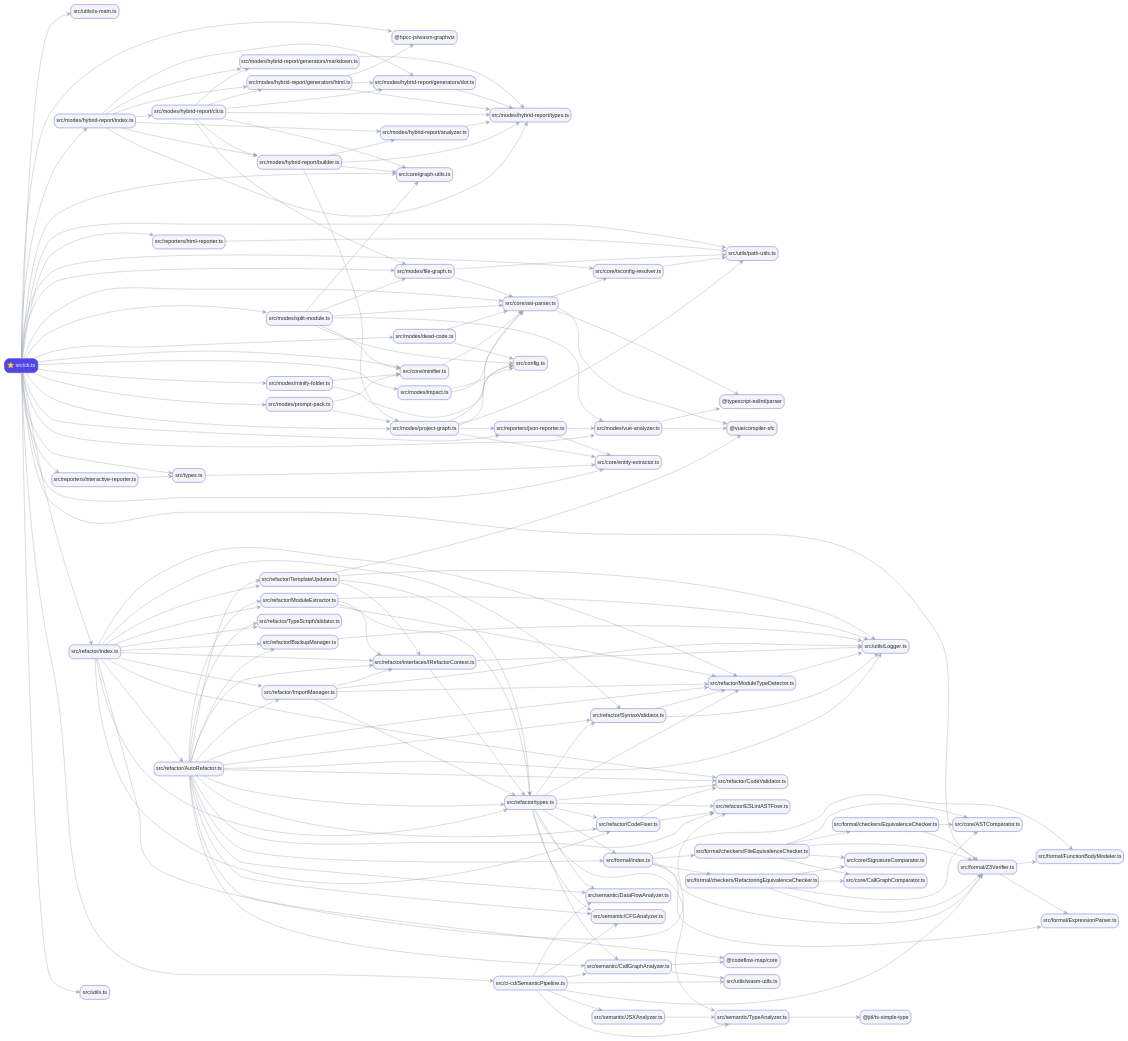
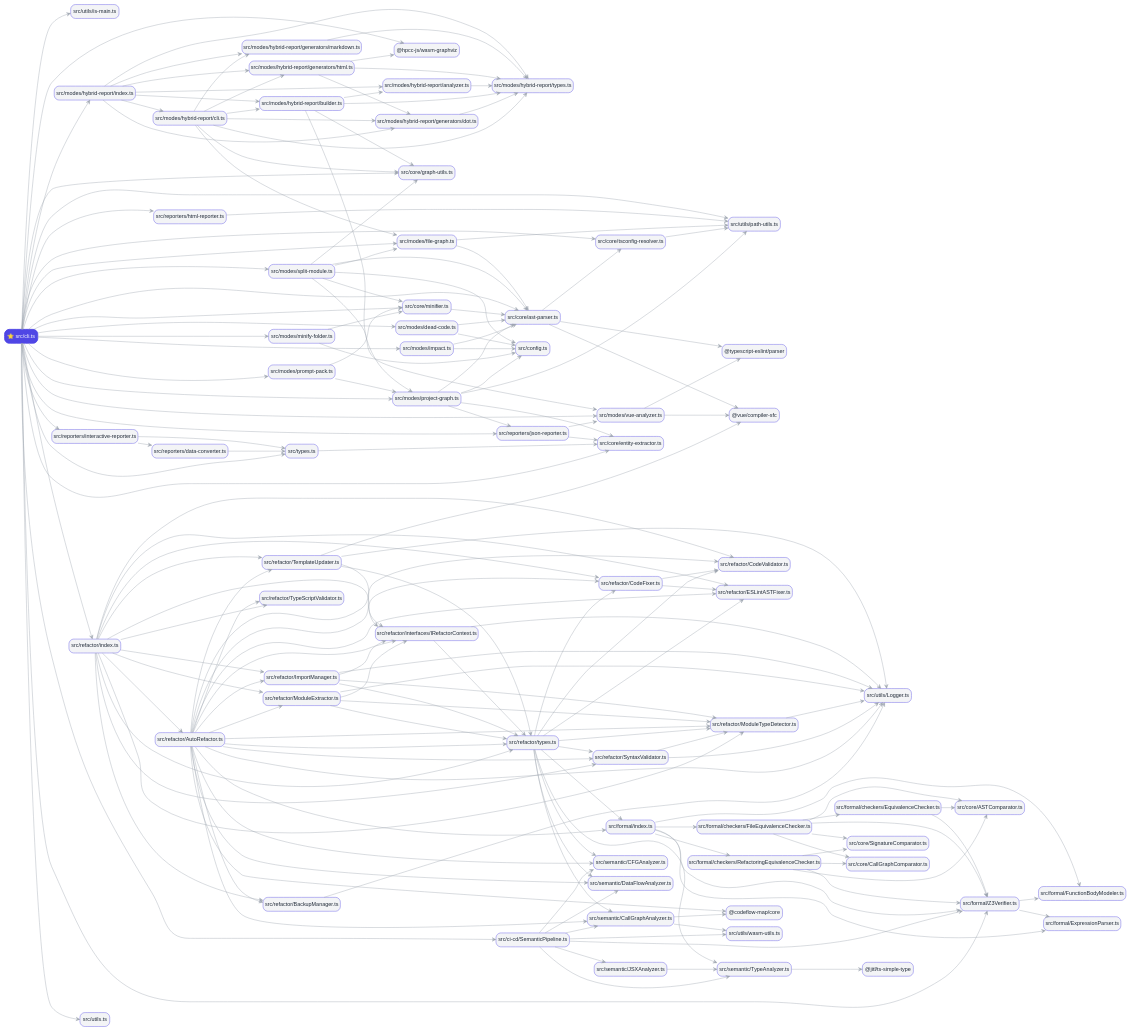
Before and after one commit to ZababurinSergei/ast-analyzer: the diagram in reports/entities-component-tree-deep/output.dot, drawn with Graphviz. The commit also changed 13 other files, not shown here.

```diff
--- a/reports/entities-component-tree-deep/output.dot
+++ b/reports/entities-component-tree-deep/output.dot
@@ -1,179 +1,181 @@
 digraph "Dependency Graph" {
   rankdir=LR;
   splines=true;
   node [shape=box, style="filled,rounded", color="#4f46e5", fontname="Arial", fillcolor="#f3f4f6", fontcolor="#1f2937", penwidth=1];
   edge [color="#9ca3af", arrowhead=vee, penwidth=1];
   "src/cli.ts" [fillcolor="#4f46e5", fontcolor="#ffffff", penwidth=2, label="⭐ src/cli.ts"];
   "src/cli.ts" -> "src/utils/is-main.ts";
   "src/cli.ts" -> "@hpcc-js/wasm-graphviz";
   "src/cli.ts" -> "src/core/minifier.ts";
   "src/cli.ts" -> "src/core/graph-utils.ts";
   "src/cli.ts" -> "src/core/tsconfig-resolver.ts";
   "src/cli.ts" -> "src/core/ast-parser.ts";
   "src/cli.ts" -> "src/core/entity-extractor.ts";
   "src/cli.ts" -> "src/modes/project-graph.ts";
   "src/cli.ts" -> "src/modes/file-graph.ts";
   "src/cli.ts" -> "src/modes/prompt-pack.ts";
   "src/cli.ts" -> "src/modes/split-module.ts";
   "src/cli.ts" -> "src/modes/impact.ts";
   "src/cli.ts" -> "src/modes/dead-code.ts";
   "src/cli.ts" -> "src/modes/minify-folder.ts";
   "src/cli.ts" -> "src/modes/vue-analyzer.ts";
   "src/cli.ts" -> "src/refactor/index.ts";
   "src/cli.ts" -> "src/ci-cd/SemanticPipeline.ts";
   "src/cli.ts" -> "src/formal/Z3Verifier.ts";
   "src/cli.ts" -> "src/modes/hybrid-report/index.ts";
   "src/cli.ts" -> "src/reporters/json-reporter.ts";
   "src/cli.ts" -> "src/reporters/html-reporter.ts";
   "src/cli.ts" -> "src/reporters/interactive-reporter.ts";
   "src/cli.ts" -> "src/types.ts";
   "src/cli.ts" -> "src/utils.ts";
   "src/cli.ts" -> "src/utils/path-utils.ts";
   "src/core/minifier.ts" -> "src/core/ast-parser.ts";
   "src/core/tsconfig-resolver.ts" -> "src/utils/path-utils.ts";
   "src/core/ast-parser.ts" -> "@typescript-eslint/parser";
   "src/core/ast-parser.ts" -> "@vue/compiler-sfc";
   "src/core/ast-parser.ts" -> "src/core/tsconfig-resolver.ts";
   "src/modes/project-graph.ts" -> "src/core/ast-parser.ts";
   "src/modes/project-graph.ts" -> "src/core/entity-extractor.ts";
   "src/modes/project-graph.ts" -> "src/config.ts";
   "src/modes/project-graph.ts" -> "src/utils/path-utils.ts";
   "src/modes/project-graph.ts" -> "src/reporters/json-reporter.ts";
   "src/modes/file-graph.ts" -> "src/core/ast-parser.ts";
   "src/modes/file-graph.ts" -> "src/utils/path-utils.ts";
   "src/modes/prompt-pack.ts" -> "src/modes/project-graph.ts";
   "src/modes/prompt-pack.ts" -> "src/core/minifier.ts";
   "src/modes/split-module.ts" -> "src/core/ast-parser.ts";
   "src/modes/split-module.ts" -> "src/core/minifier.ts";
   "src/modes/split-module.ts" -> "src/modes/file-graph.ts";
   "src/modes/split-module.ts" -> "src/core/graph-utils.ts";
   "src/modes/split-module.ts" -> "src/config.ts";
   "src/modes/split-module.ts" -> "src/modes/vue-analyzer.ts";
   "src/modes/impact.ts" -> "src/core/ast-parser.ts";
   "src/modes/impact.ts" -> "src/config.ts";
   "src/modes/dead-code.ts" -> "src/core/ast-parser.ts";
   "src/modes/dead-code.ts" -> "src/config.ts";
   "src/modes/minify-folder.ts" -> "src/core/minifier.ts";
   "src/modes/minify-folder.ts" -> "src/config.ts";
   "src/modes/vue-analyzer.ts" -> "@vue/compiler-sfc";
   "src/modes/vue-analyzer.ts" -> "@typescript-eslint/parser";
   "src/refactor/index.ts" -> "src/refactor/types.ts";
   "src/refactor/index.ts" -> "src/refactor/AutoRefactor.ts";
   "src/refactor/index.ts" -> "src/refactor/ModuleExtractor.ts";
   "src/refactor/index.ts" -> "src/refactor/ImportManager.ts";
   "src/refactor/index.ts" -> "src/refactor/TypeScriptValidator.ts";
   "src/refactor/index.ts" -> "src/refactor/ESLintASTFixer.ts";
   "src/refactor/index.ts" -> "src/refactor/CodeValidator.ts";
   "src/refactor/index.ts" -> "src/refactor/CodeFixer.ts";
   "src/refactor/index.ts" -> "src/refactor/TemplateUpdater.ts";
   "src/refactor/index.ts" -> "src/refactor/SyntaxValidator.ts";
   "src/refactor/index.ts" -> "src/refactor/ModuleTypeDetector.ts";
   "src/refactor/index.ts" -> "src/refactor/BackupManager.ts";
   "src/refactor/index.ts" -> "src/refactor/interfaces/IRefactorContext.ts";
   "src/ci-cd/SemanticPipeline.ts" -> "src/semantic/CFGAnalyzer.ts";
   "src/ci-cd/SemanticPipeline.ts" -> "src/semantic/CallGraphAnalyzer.ts";
   "src/ci-cd/SemanticPipeline.ts" -> "src/semantic/TypeAnalyzer.ts";
   "src/ci-cd/SemanticPipeline.ts" -> "src/semantic/DataFlowAnalyzer.ts";
   "src/ci-cd/SemanticPipeline.ts" -> "src/formal/Z3Verifier.ts";
   "src/ci-cd/SemanticPipeline.ts" -> "src/semantic/JSXAnalyzer.ts";
   "src/ci-cd/SemanticPipeline.ts" -> "src/utils/wasm-utils.ts";
   "src/formal/Z3Verifier.ts" -> "src/formal/ExpressionParser.ts";
   "src/formal/Z3Verifier.ts" -> "src/formal/FunctionBodyModeler.ts";
   "src/modes/hybrid-report/index.ts" -> "src/modes/hybrid-report/types.ts";
   "src/modes/hybrid-report/index.ts" -> "src/modes/hybrid-report/cli.ts";
   "src/modes/hybrid-report/index.ts" -> "src/modes/hybrid-report/builder.ts";
   "src/modes/hybrid-report/index.ts" -> "src/modes/hybrid-report/analyzer.ts";
   "src/modes/hybrid-report/index.ts" -> "src/modes/hybrid-report/generators/dot.ts";
   "src/modes/hybrid-report/index.ts" -> "src/modes/hybrid-report/generators/html.ts";
   "src/modes/hybrid-report/index.ts" -> "src/modes/hybrid-report/generators/markdown.ts";
   "src/reporters/json-reporter.ts" -> "src/core/entity-extractor.ts";
   "src/reporters/json-reporter.ts" -> "src/modes/vue-analyzer.ts";
   "src/reporters/html-reporter.ts" -> "src/utils/path-utils.ts";
   "src/reporters/interactive-reporter.ts" -> "src/types.ts";
+  "src/reporters/interactive-reporter.ts" -> "src/reporters/data-converter.ts";
   "src/types.ts" -> "src/core/entity-extractor.ts";
   "src/refactor/types.ts" -> "src/semantic/CFGAnalyzer.ts";
   "src/refactor/types.ts" -> "src/semantic/CallGraphAnalyzer.ts";
   "src/refactor/types.ts" -> "src/semantic/DataFlowAnalyzer.ts";
   "src/refactor/types.ts" -> "src/semantic/TypeAnalyzer.ts";
   "src/refactor/types.ts" -> "src/formal/index.ts";
   "src/refactor/types.ts" -> "src/refactor/ESLintASTFixer.ts";
   "src/refactor/types.ts" -> "src/refactor/CodeValidator.ts";
   "src/refactor/types.ts" -> "src/refactor/CodeFixer.ts";
   "src/refactor/types.ts" -> "src/refactor/ModuleTypeDetector.ts";
   "src/refactor/types.ts" -> "src/refactor/SyntaxValidator.ts";
   "src/refactor/AutoRefactor.ts" -> "src/utils/Logger.ts";
   "src/refactor/AutoRefactor.ts" -> "src/refactor/ModuleExtractor.ts";
   "src/refactor/AutoRefactor.ts" -> "src/refactor/ImportManager.ts";
   "src/refactor/AutoRefactor.ts" -> "src/refactor/TypeScriptValidator.ts";
   "src/refactor/AutoRefactor.ts" -> "src/refactor/ESLintASTFixer.ts";
   "src/refactor/AutoRefactor.ts" -> "src/refactor/CodeValidator.ts";
   "src/refactor/AutoRefactor.ts" -> "src/refactor/CodeFixer.ts";
   "src/refactor/AutoRefactor.ts" -> "src/refactor/TemplateUpdater.ts";
   "src/refactor/AutoRefactor.ts" -> "@codeflow-map/core";
   "src/refactor/AutoRefactor.ts" -> "src/semantic/CFGAnalyzer.ts";
   "src/refactor/AutoRefactor.ts" -> "src/semantic/CallGraphAnalyzer.ts";
   "src/refactor/AutoRefactor.ts" -> "src/semantic/DataFlowAnalyzer.ts";
   "src/refactor/AutoRefactor.ts" -> "src/refactor/SyntaxValidator.ts";
   "src/refactor/AutoRefactor.ts" -> "src/refactor/ModuleTypeDetector.ts";
   "src/refactor/AutoRefactor.ts" -> "src/refactor/BackupManager.ts";
   "src/refactor/AutoRefactor.ts" -> "src/formal/index.ts";
   "src/refactor/AutoRefactor.ts" -> "src/refactor/interfaces/IRefactorContext.ts";
   "src/refactor/AutoRefactor.ts" -> "src/refactor/types.ts";
   "src/refactor/ModuleExtractor.ts" -> "src/utils/Logger.ts";
   "src/refactor/ModuleExtractor.ts" -> "src/refactor/ModuleTypeDetector.ts";
   "src/refactor/ModuleExtractor.ts" -> "src/refactor/interfaces/IRefactorContext.ts";
   "src/refactor/ModuleExtractor.ts" -> "src/refactor/types.ts";
   "src/refactor/ImportManager.ts" -> "src/refactor/types.ts";
   "src/refactor/ImportManager.ts" -> "src/utils/Logger.ts";
   "src/refactor/ImportManager.ts" -> "src/refactor/ModuleTypeDetector.ts";
   "src/refactor/ImportManager.ts" -> "src/refactor/interfaces/IRefactorContext.ts";
   "src/refactor/CodeFixer.ts" -> "src/refactor/CodeValidator.ts";
   "src/refactor/CodeFixer.ts" -> "src/refactor/ESLintASTFixer.ts";
   "src/refactor/TemplateUpdater.ts" -> "src/refactor/interfaces/IRefactorContext.ts";
   "src/refactor/TemplateUpdater.ts" -> "@vue/compiler-sfc";
   "src/refactor/TemplateUpdater.ts" -> "src/refactor/types.ts";
   "src/refactor/TemplateUpdater.ts" -> "src/utils/Logger.ts";
   "src/refactor/SyntaxValidator.ts" -> "src/utils/Logger.ts";
   "src/refactor/SyntaxValidator.ts" -> "src/refactor/ModuleTypeDetector.ts";
   "src/refactor/ModuleTypeDetector.ts" -> "src/utils/Logger.ts";
   "src/refactor/BackupManager.ts" -> "src/utils/Logger.ts";
   "src/refactor/interfaces/IRefactorContext.ts" -> "src/refactor/types.ts";
   "src/refactor/interfaces/IRefactorContext.ts" -> "src/utils/Logger.ts";
   "src/semantic/CallGraphAnalyzer.ts" -> "@codeflow-map/core";
   "src/semantic/CallGraphAnalyzer.ts" -> "src/utils/wasm-utils.ts";
   "src/semantic/TypeAnalyzer.ts" -> "@jitl/ts-simple-type";
   "src/semantic/JSXAnalyzer.ts" -> "src/semantic/TypeAnalyzer.ts";
   "src/modes/hybrid-report/cli.ts" -> "src/modes/file-graph.ts";
   "src/modes/hybrid-report/cli.ts" -> "src/core/graph-utils.ts";
   "src/modes/hybrid-report/cli.ts" -> "src/modes/hybrid-report/types.ts";
   "src/modes/hybrid-report/cli.ts" -> "src/modes/hybrid-report/builder.ts";
   "src/modes/hybrid-report/cli.ts" -> "src/modes/hybrid-report/generators/dot.ts";
   "src/modes/hybrid-report/cli.ts" -> "src/modes/hybrid-report/generators/html.ts";
   "src/modes/hybrid-report/cli.ts" -> "src/modes/hybrid-report/generators/markdown.ts";
   "src/modes/hybrid-report/builder.ts" -> "src/modes/project-graph.ts";
   "src/modes/hybrid-report/builder.ts" -> "src/core/graph-utils.ts";
   "src/modes/hybrid-report/builder.ts" -> "src/modes/hybrid-report/types.ts";
   "src/modes/hybrid-report/builder.ts" -> "src/modes/hybrid-report/analyzer.ts";
   "src/modes/hybrid-report/analyzer.ts" -> "src/modes/hybrid-report/types.ts";
   "src/modes/hybrid-report/generators/dot.ts" -> "src/modes/hybrid-report/types.ts";
   "src/modes/hybrid-report/generators/html.ts" -> "@hpcc-js/wasm-graphviz";
   "src/modes/hybrid-report/generators/html.ts" -> "src/modes/hybrid-report/types.ts";
   "src/modes/hybrid-report/generators/html.ts" -> "src/modes/hybrid-report/generators/dot.ts";
   "src/modes/hybrid-report/generators/markdown.ts" -> "src/modes/hybrid-report/types.ts";
+  "src/reporters/data-converter.ts" -> "src/types.ts";
   "src/formal/index.ts" -> "src/formal/Z3Verifier.ts";
   "src/formal/index.ts" -> "src/formal/FunctionBodyModeler.ts";
   "src/formal/index.ts" -> "src/formal/checkers/FileEquivalenceChecker.ts";
   "src/formal/index.ts" -> "src/formal/checkers/RefactoringEquivalenceChecker.ts";
   "src/formal/index.ts" -> "src/formal/ExpressionParser.ts";
   "src/formal/checkers/FileEquivalenceChecker.ts" -> "src/formal/checkers/EquivalenceChecker.ts";
   "src/formal/checkers/FileEquivalenceChecker.ts" -> "src/formal/Z3Verifier.ts";
   "src/formal/checkers/FileEquivalenceChecker.ts" -> "src/core/ASTComparator.ts";
   "src/formal/checkers/FileEquivalenceChecker.ts" -> "src/core/SignatureComparator.ts";
   "src/formal/checkers/FileEquivalenceChecker.ts" -> "src/core/CallGraphComparator.ts";
   "src/formal/checkers/RefactoringEquivalenceChecker.ts" -> "src/formal/Z3Verifier.ts";
   "src/formal/checkers/RefactoringEquivalenceChecker.ts" -> "src/core/ASTComparator.ts";
   "src/formal/checkers/RefactoringEquivalenceChecker.ts" -> "src/core/SignatureComparator.ts";
   "src/formal/checkers/RefactoringEquivalenceChecker.ts" -> "src/core/CallGraphComparator.ts";
   "src/formal/checkers/EquivalenceChecker.ts" -> "src/formal/Z3Verifier.ts";
   "src/formal/checkers/EquivalenceChecker.ts" -> "src/core/ASTComparator.ts";
 }
```
